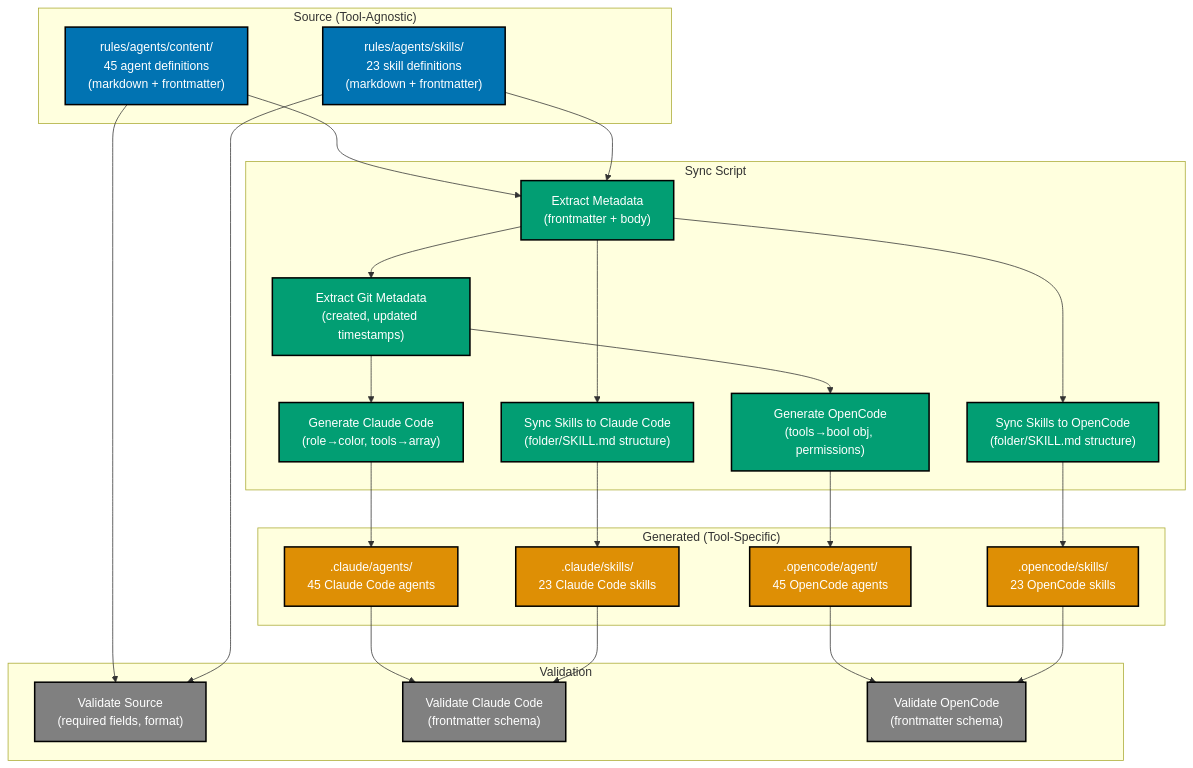
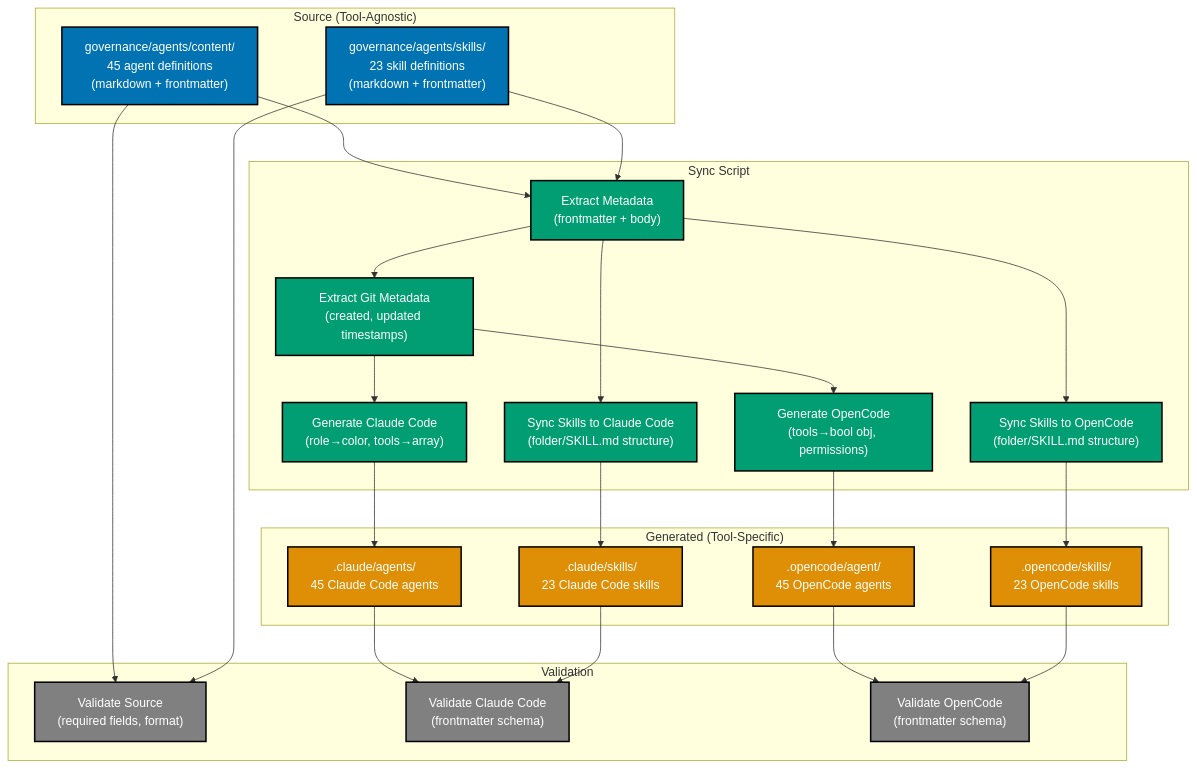
Before and after one commit to wahidyankf/open-sharia-enterprise: the diagram in plans/backlog/2026-01-04__agents-docs-source-of-truth/tech-docs.md, drawn with Mermaid. The commit also changed other lines of this file and 190 other files, not shown here.

First line of the commit message:
refactor(governance): update all references from rules/ to governance/

````diff
--- a/plans/backlog/2026-01-04__agents-docs-source-of-truth/tech-docs.md
+++ b/plans/backlog/2026-01-04__agents-docs-source-of-truth/tech-docs.md
@@ -5,61 +5,61 @@
 ```mermaid
 %% Uses accessible colors (color-blind friendly palette):
 %% - Blue (#0173B2) for source definitions (tool-agnostic)
 %% - Orange (#DE8F05) for generated formats (tool-specific)
 %% - Teal (#029E73) for sync script processes
 %% - Gray (#808080) for validation processes
 %% Tested for: protanopia, deuteranopia, tritanopia
 %% All colors meet WCAG AA contrast requirements
 
 graph TB
     subgraph "Source (Tool-Agnostic)"
-        AgentDocs["rules/agents/content/<br/>45 agent definitions<br/>(markdown + frontmatter)"]:::blue
-        SkillDocs["rules/agents/skills/<br/>23 skill definitions<br/>(markdown + frontmatter)"]:::blue
+        AgentDocs["governance/agents/content/<br/>45 agent definitions<br/>(markdown + frontmatter)"]:::blue
+        SkillDocs["governance/agents/skills/<br/>23 skill definitions<br/>(markdown + frontmatter)"]:::blue
     end
 
     subgraph "Sync Script"
         Extract["Extract Metadata<br/>(frontmatter + body)"]:::teal
         MapCC["Generate Claude Code<br/>(role→color, tools→array)"]:::teal
         MapOC["Generate OpenCode<br/>(tools→bool obj, permissions)"]:::teal
         MapSkillsCC["Sync Skills to Claude Code<br/>(folder/SKILL.md structure)"]:::teal
         MapSkillsOC["Sync Skills to OpenCode<br/>(folder/SKILL.md structure)"]:::teal
         GitMeta["Extract Git Metadata<br/>(created, updated timestamps)"]:::teal
     end
 
     subgraph "Generated (Tool-Specific)"
         CCAgents[".claude/agents/<br/>45 Claude Code agents"]:::orange
         OCAgents[".opencode/agent/<br/>45 OpenCode agents"]:::orange
         CCSkills[".claude/skills/<br/>23 Claude Code skills"]:::orange
         OCskills[".opencode/skills/<br/>23 OpenCode skills"]:::orange
     end
 
     subgraph "Validation"
         ValSrc["Validate Source<br/>(required fields, format)"]:::gray
         ValCC["Validate Claude Code<br/>(frontmatter schema)"]:::gray
         ValOC["Validate OpenCode<br/>(frontmatter schema)"]:::gray
     end
 
     AgentDocs --> Extract
     SkillDocs --> Extract
     Extract --> GitMeta
     GitMeta --> MapCC
     GitMeta --> MapOC
     MapCC --> CCAgents
     MapOC --> OCAgents
     Extract --> MapSkillsCC
     Extract --> MapSkillsOC
     MapSkillsCC --> CCSkills
     MapSkillsOC --> OCskills
 
     CCAgents --> ValCC
     OCAgents --> ValOC
     CCSkills --> ValCC
     OCskills --> ValOC
     AgentDocs --> ValSrc
     SkillDocs --> ValSrc
 
     classDef blue fill:#0173B2,stroke:#000000,color:#FFFFFF,stroke-width:2px
     classDef orange fill:#DE8F05,stroke:#000000,color:#FFFFFF,stroke-width:2px
     classDef teal fill:#029E73,stroke:#000000,color:#FFFFFF,stroke-width:2px
     classDef gray fill:#808080,stroke:#000000,color:#FFFFFF,stroke-width:2px
 ```
````
